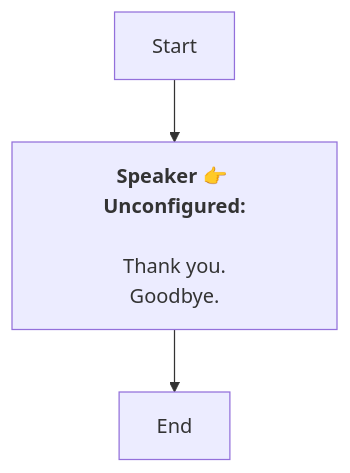
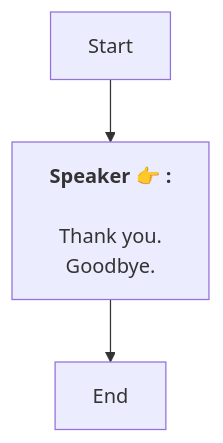
The diagram in En/QuestTalkObjectiveNode_1746487751149824.md (SoftHu/tos_avg), drawn with Mermaid before and after one commit. The commit also changed 737 other files, not shown here.

````diff
--- a/En/QuestTalkObjectiveNode_1746487751149824.md
+++ b/En/QuestTalkObjectiveNode_1746487751149824.md
@@ -1,9 +1,7 @@
 ```mermaid
 graph
-Start -->1746491234524414[<b>Speaker 👉 Unconfigured:</b>
-
-Thank you.
-Goodbye.]
+Start -->1746491234524414[<b>Speaker 👉 :</b>
+\nThank you.\nGoodbye.]
 1746491234524414 -->1746491251351807[End]
 
- ```
+```
````
